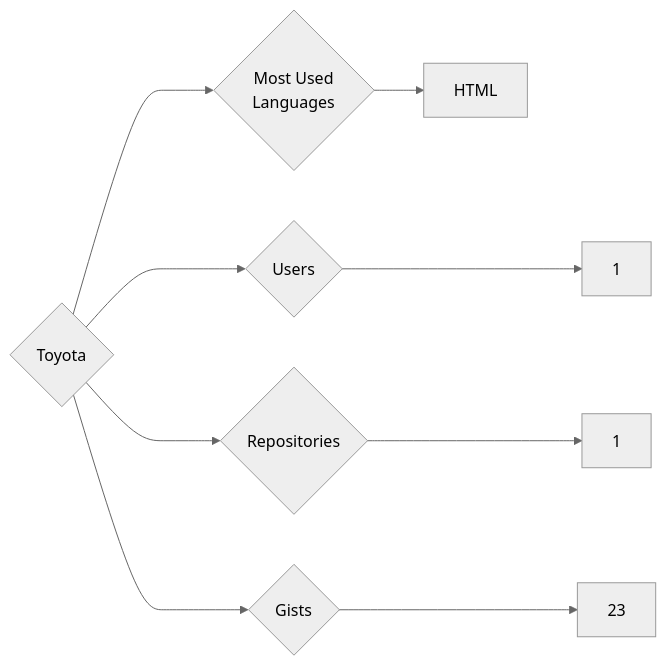
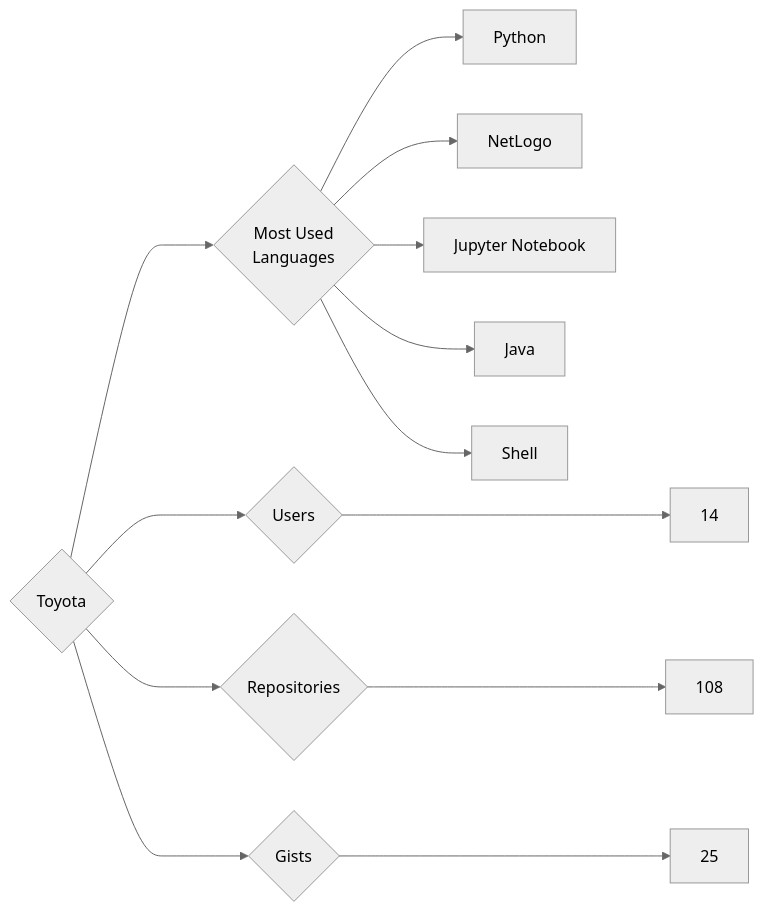
Before and after one commit to trickest/insiders: the diagram in targets/Toyota/README.md, drawn with Mermaid (neutral theme). The commit also changed 794 other files, not shown here.

````diff
--- a/targets/Toyota/README.md
+++ b/targets/Toyota/README.md
@@ -3,9 +3,13 @@
 ```mermaid
 graph LR
 COMPANY_NAME{Toyota}
-COMPANY_NAME ---> U{Users} ---> UN[1]
-COMPANY_NAME ---> R{Repositories} ---> RN[1]
-COMPANY_NAME ---> G{Gists} ---> GN[23]
+COMPANY_NAME ---> U{Users} ---> UN[14]
+COMPANY_NAME ---> R{Repositories} ---> RN[108]
+COMPANY_NAME ---> G{Gists} ---> GN[25]
 COMPANY_NAME ---> ML{Most Used<br>Languages}
-ML --> HTML[HTML]
+ML --> Python[Python]
+ML --> NetLogo[NetLogo]
+ML --> Jupyter_Notebook[Jupyter Notebook]
+ML --> Java[Java]
+ML --> Shell[Shell]
 ```
````
